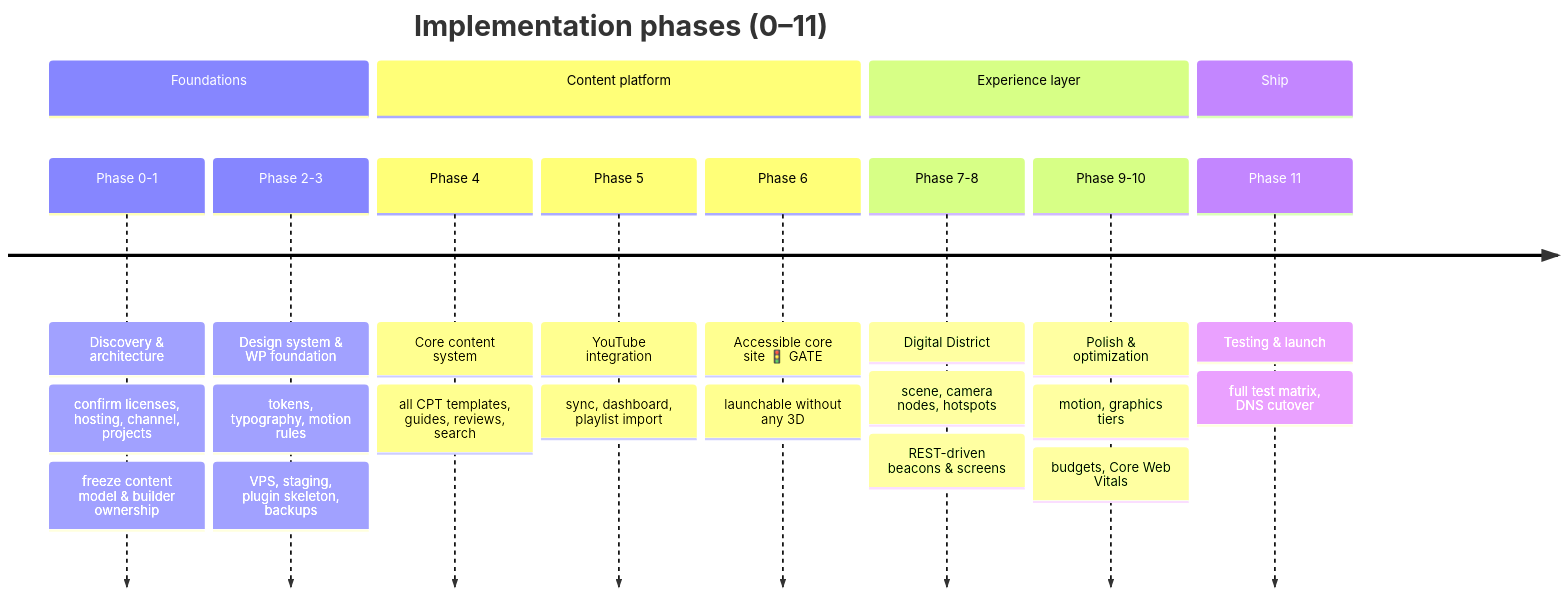
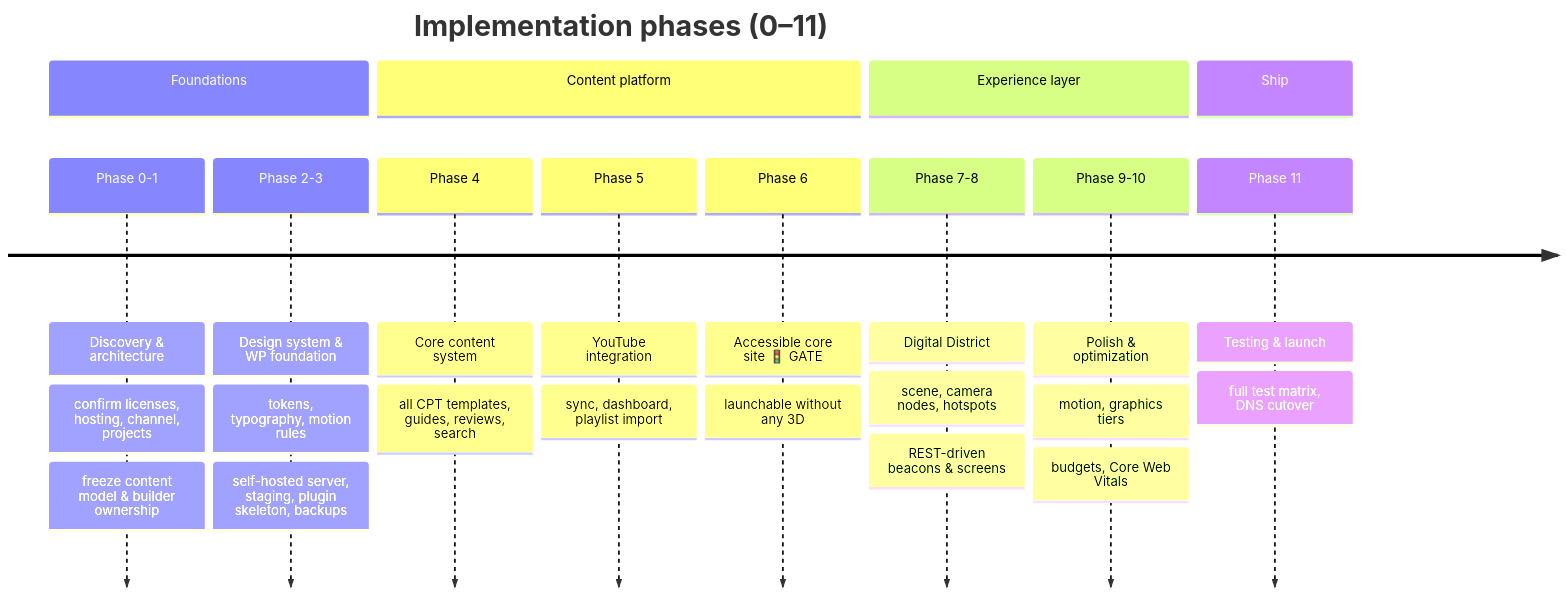
One commit to cian-omalley/cianomalley-portfolio changed the fifth of 5 diagrams in README.md. Above: the diagram before and after it, drawn with Mermaid. The commit also changed other lines of this file and 56 other files, not shown here.

````diff
--- a/README.md
+++ b/README.md
@@ -219,16 +220,16 @@
 ```mermaid
 timeline
     title Implementation phases (0–11)
     section Foundations
         Phase 0-1 : Discovery & architecture : confirm licenses, hosting, channel, projects : freeze content model & builder ownership
-        Phase 2-3 : Design system & WP foundation : tokens, typography, motion rules : VPS, staging, plugin skeleton, backups
+        Phase 2-3 : Design system & WP foundation : tokens, typography, motion rules : self-hosted server, staging, plugin skeleton, backups
     section Content platform
         Phase 4 : Core content system : all CPT templates, guides, reviews, search
         Phase 5 : YouTube integration : sync, dashboard, playlist import
         Phase 6 : Accessible core site 🚦 GATE : launchable without any 3D
     section Experience layer
         Phase 7-8 : Digital District : scene, camera nodes, hotspots : REST-driven beacons & screens
         Phase 9-10 : Polish & optimization : motion, graphics tiers : budgets, Core Web Vitals
     section Ship
         Phase 11 : Testing & launch : full test matrix, DNS cutover
 ```
````
